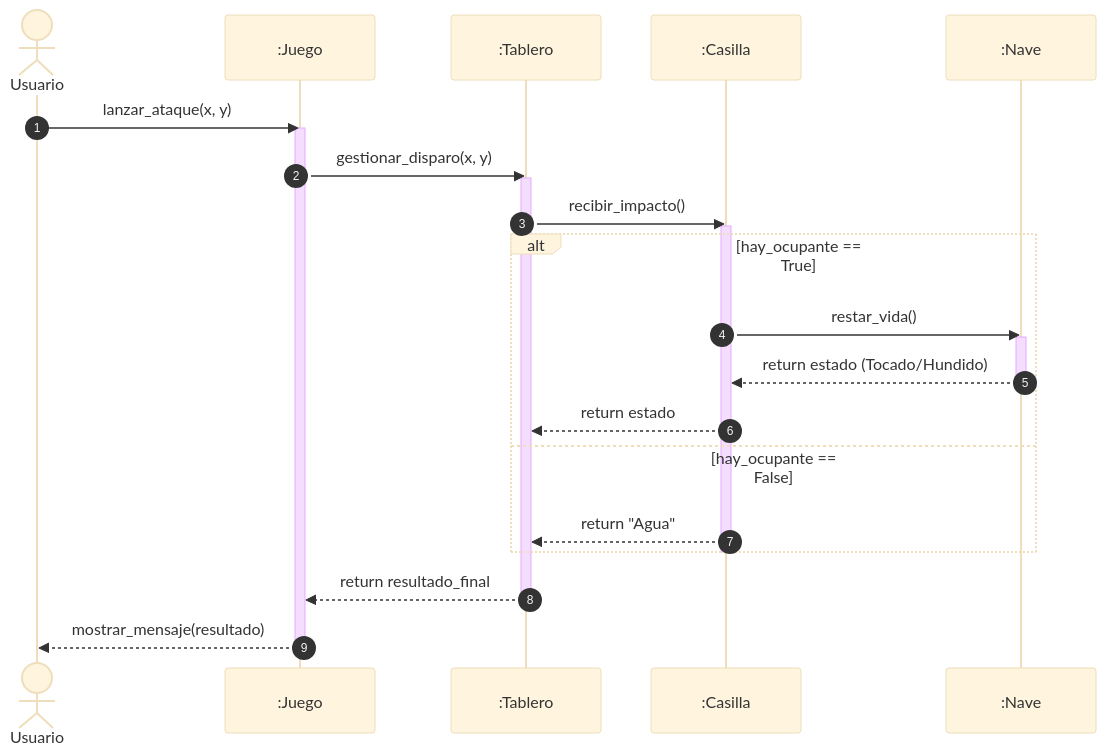
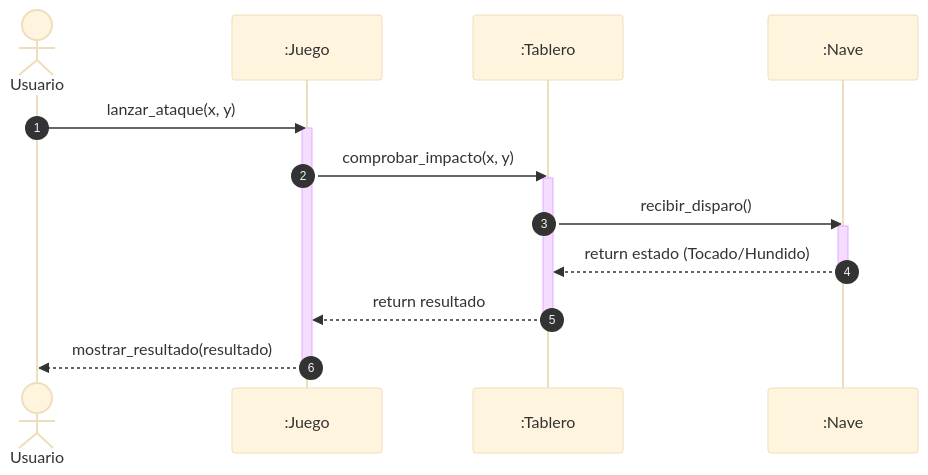
Before and after one commit to hperezmeseguer/HundirLaFlota: the diagram in DiagramaDisparo.md, drawn with Mermaid (base theme).

Commit message:
disparo sin casilla

````diff
--- a/DiagramaDisparo.md
+++ b/DiagramaDisparo.md
@@ -1,35 +1,25 @@
 ```mermaid
 sequenceDiagram;
 autonumber
-actor Usuario;
-participant Juego as :Juego;
-participant Tablero as :Tablero;
-participant Casilla as :Casilla;
-participant Nave as :Nave;
+    actor Usuario
+    participant Juego as :Juego
+    participant Tablero as :Tablero
+    participant Nave as :Nave
 
-    Usuario->>Juego: lanzar_ataque(x, y);
-    activate Juego;
+    Usuario->>Juego: lanzar_ataque(x, y)
+    activate Juego
     
-    Juego->>Tablero: gestionar_disparo(x, y);
-    activate Tablero;
+    Juego->>Tablero: comprobar_impacto(x, y)
+    activate Tablero
     
-    Tablero->>Casilla: recibir_impacto();
-    activate Casilla;
+    Tablero->>Nave: recibir_disparo()
+    activate Nave
+    Nave-->>Tablero: return estado (Tocado/Hundido)
+    deactivate Nave
     
-    alt hay_ocupante == True
-        Casilla->>Nave: restar_vida();
-        activate Nave;
-        Nave-->>Casilla: return estado (Tocado/Hundido);
-        deactivate Nave;
-        Casilla-->>Tablero: return estado;
-    else hay_ocupante == False
-        Casilla-->>Tablero: return "Agua";
-    end;
+    Tablero-->>Juego: return resultado
+    deactivate Tablero
     
-    deactivate Casilla;
-    Tablero-->>Juego: return resultado_final;
-    deactivate Tablero;
-    
-    Juego-->>Usuario: mostrar_mensaje(resultado);
-    deactivate Juego;
+    Juego-->>Usuario: mostrar_resultado(resultado)
+    deactivate Juego
 ```
````
